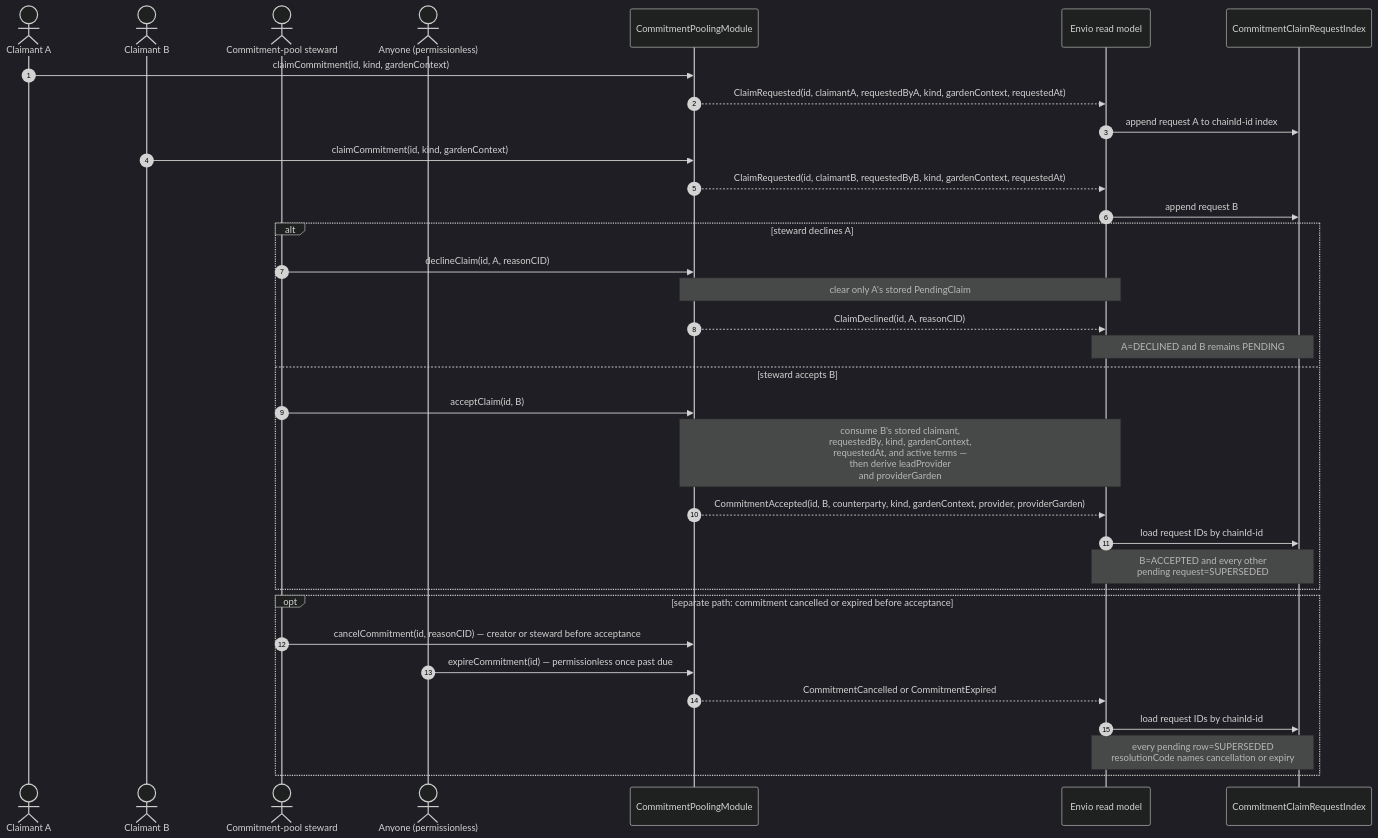
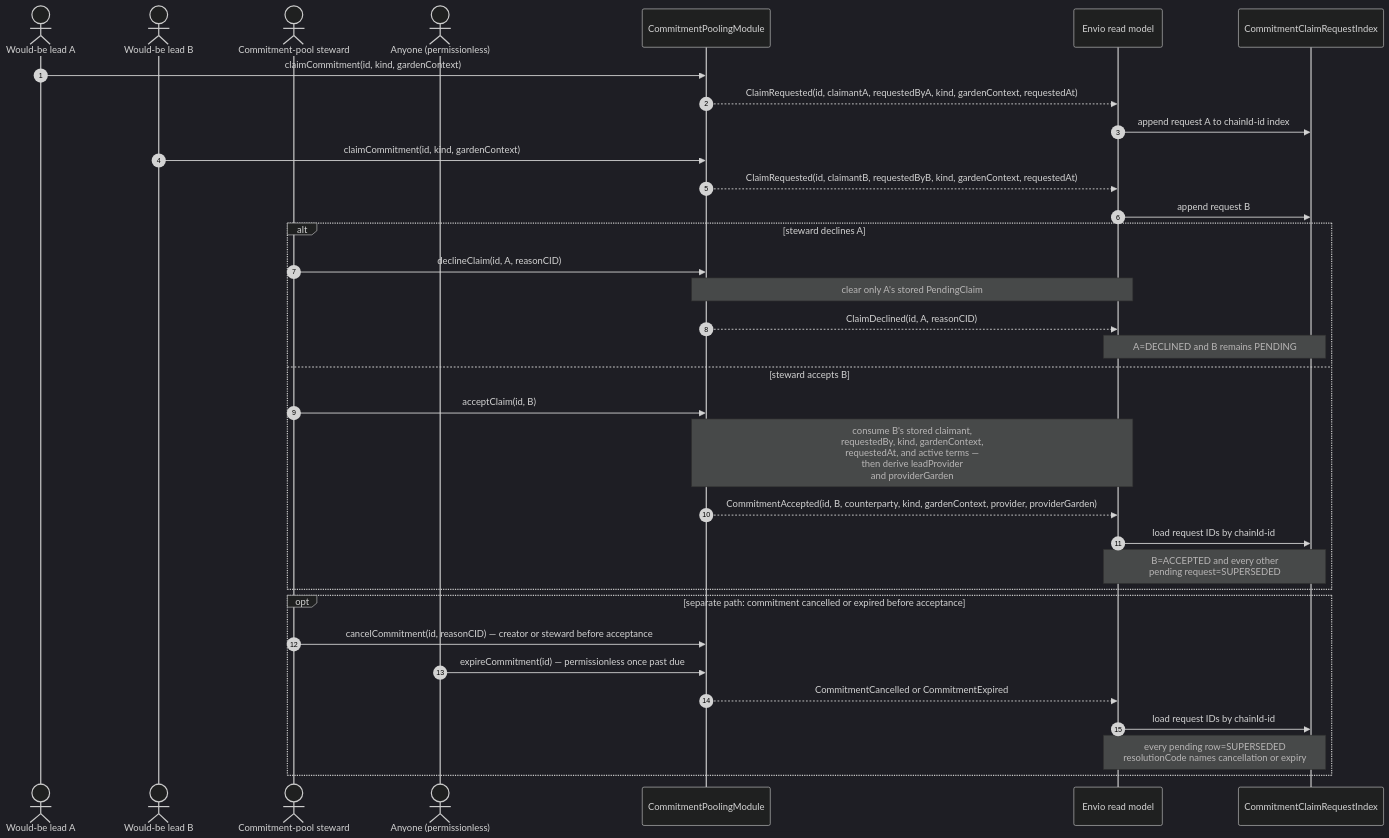
Before and after one commit to greenpill-dev-guild/green-goods: diagram 26 of 38 in .plans/active/commitment-pooling/diagrams.md, drawn with Mermaid (dark theme). The commit also changed other lines of this file and 46 other files, not shown here.

````diff
--- a/.plans/active/commitment-pooling/diagrams.md
+++ b/.plans/active/commitment-pooling/diagrams.md
@@ -1477,37 +1402,37 @@
 ```mermaid
 sequenceDiagram
   autonumber
-  actor A as Claimant A
-  actor B as Claimant B
+  actor A as Would-be lead A
+  actor B as Would-be lead B
   actor OP as Commitment-pool steward
   actor ANY as Anyone (permissionless)
   participant M as CommitmentPoolingModule
   participant IDX as Envio read model
   participant RI as CommitmentClaimRequestIndex
 
   A->>M: claimCommitment(id, kind, gardenContext)
   M-->>IDX: ClaimRequested(id, claimantA, requestedByA, kind, gardenContext, requestedAt)
   IDX->>RI: append request A to chainId-id index
   B->>M: claimCommitment(id, kind, gardenContext)
   M-->>IDX: ClaimRequested(id, claimantB, requestedByB, kind, gardenContext, requestedAt)
   IDX->>RI: append request B
   alt steward declines A
     OP->>M: declineClaim(id, A, reasonCID)
     Note over M,IDX: clear only A's stored PendingClaim
     M-->>IDX: ClaimDeclined(id, A, reasonCID)
     Note over IDX,RI: A=DECLINED and B remains PENDING
   else steward accepts B
     OP->>M: acceptClaim(id, B)
     Note over M,IDX: consume B's stored claimant,<br/>requestedBy, kind, gardenContext,<br/>requestedAt, and active terms —<br/>then derive leadProvider<br/>and providerGarden
     M-->>IDX: CommitmentAccepted(id, B, counterparty, kind, gardenContext, provider, providerGarden)
     IDX->>RI: load request IDs by chainId-id
     Note over IDX,RI: B=ACCEPTED and every other<br/>pending request=SUPERSEDED
   end
   opt separate path: commitment cancelled or expired before acceptance
     OP->>M: cancelCommitment(id, reasonCID) — creator or steward before acceptance
     ANY->>M: expireCommitment(id) — permissionless once past due
     M-->>IDX: CommitmentCancelled or CommitmentExpired
     IDX->>RI: load request IDs by chainId-id
     Note over IDX,RI: every pending row=SUPERSEDED<br/>resolutionCode names cancellation or expiry
   end
 ```
````
